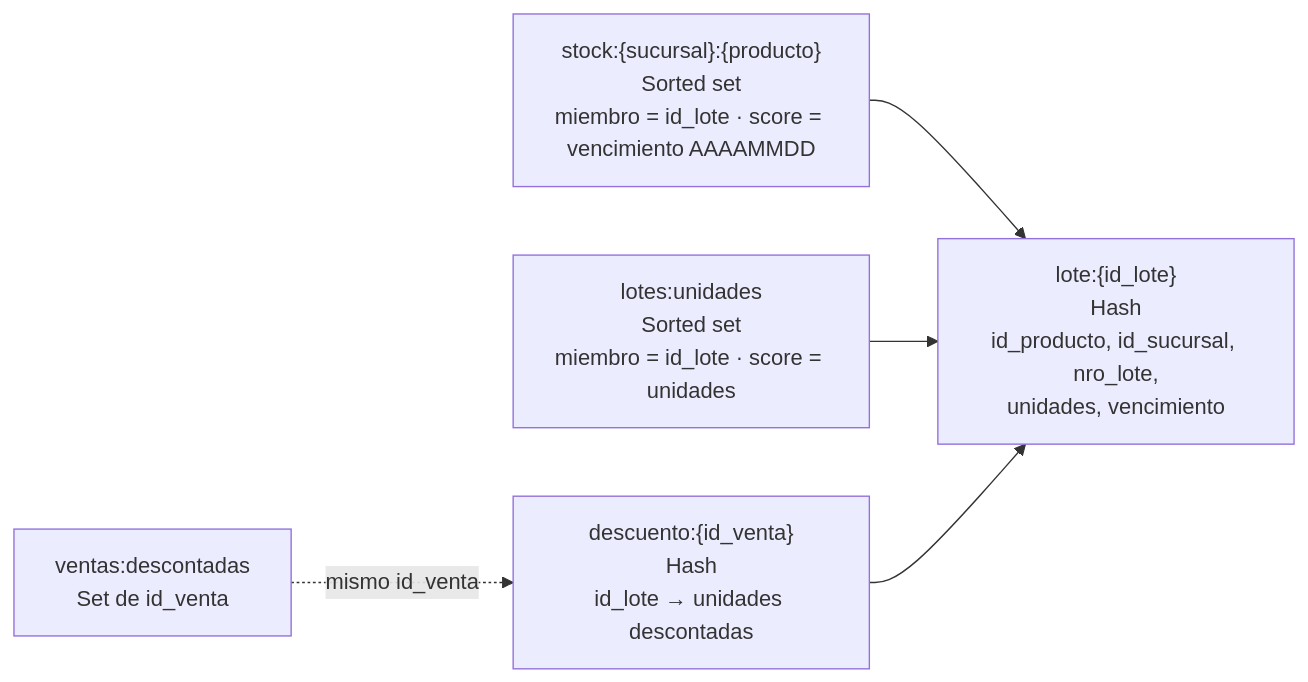
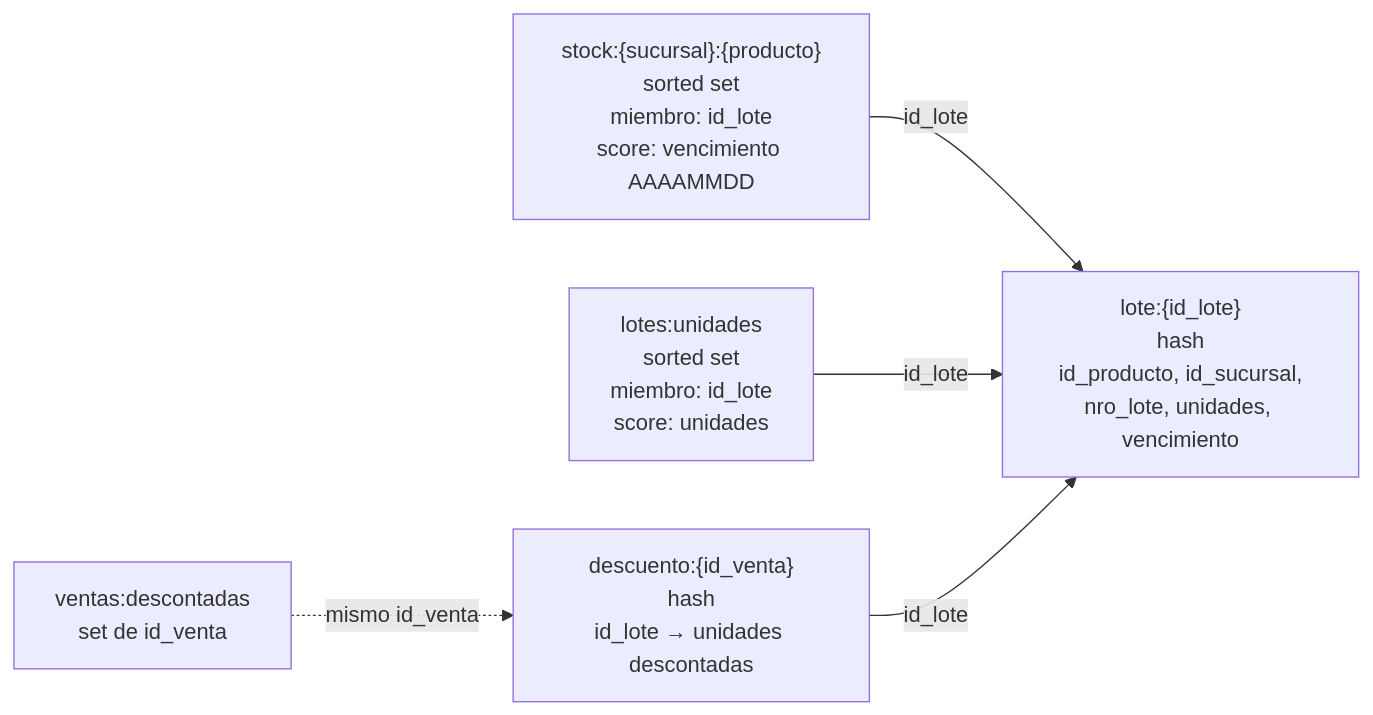
The third of 4 diagrams in docs/informe.md (franciscocostaa/TPO-BD2), drawn with Mermaid before and after one commit. The commit also changed other lines of this file and 1 other file, not shown here.

````diff
--- a/docs/informe.md
+++ b/docs/informe.md
@@ -290,12 +176,12 @@
 ```mermaid
 flowchart LR
-    S["stock:{sucursal}:{producto}<br/>Sorted set<br/>miembro = id_lote · score = vencimiento AAAAMMDD"]
-    U["lotes:unidades<br/>Sorted set<br/>miembro = id_lote · score = unidades"]
-    L["lote:{id_lote}<br/>Hash<br/>id_producto, id_sucursal, nro_lote,<br/>unidades, vencimiento"]
-    D["descuento:{id_venta}<br/>Hash<br/>id_lote → unidades descontadas"]
-    V["ventas:descontadas<br/>Set de id_venta"]
-    S --> L
-    U --> L
-    D --> L
+    S["stock:{sucursal}:{producto}<br/>sorted set<br/>miembro: id_lote<br/>score: vencimiento AAAAMMDD"]
+    U["lotes:unidades<br/>sorted set<br/>miembro: id_lote<br/>score: unidades"]
+    L["lote:{id_lote}<br/>hash<br/>id_producto, id_sucursal,<br/>nro_lote, unidades, vencimiento"]
+    D["descuento:{id_venta}<br/>hash<br/>id_lote → unidades descontadas"]
+    V["ventas:descontadas<br/>set de id_venta"]
+    S -->|id_lote| L
+    U -->|id_lote| L
+    D -->|id_lote| L
     V -.->|mismo id_venta| D
 ```
````
